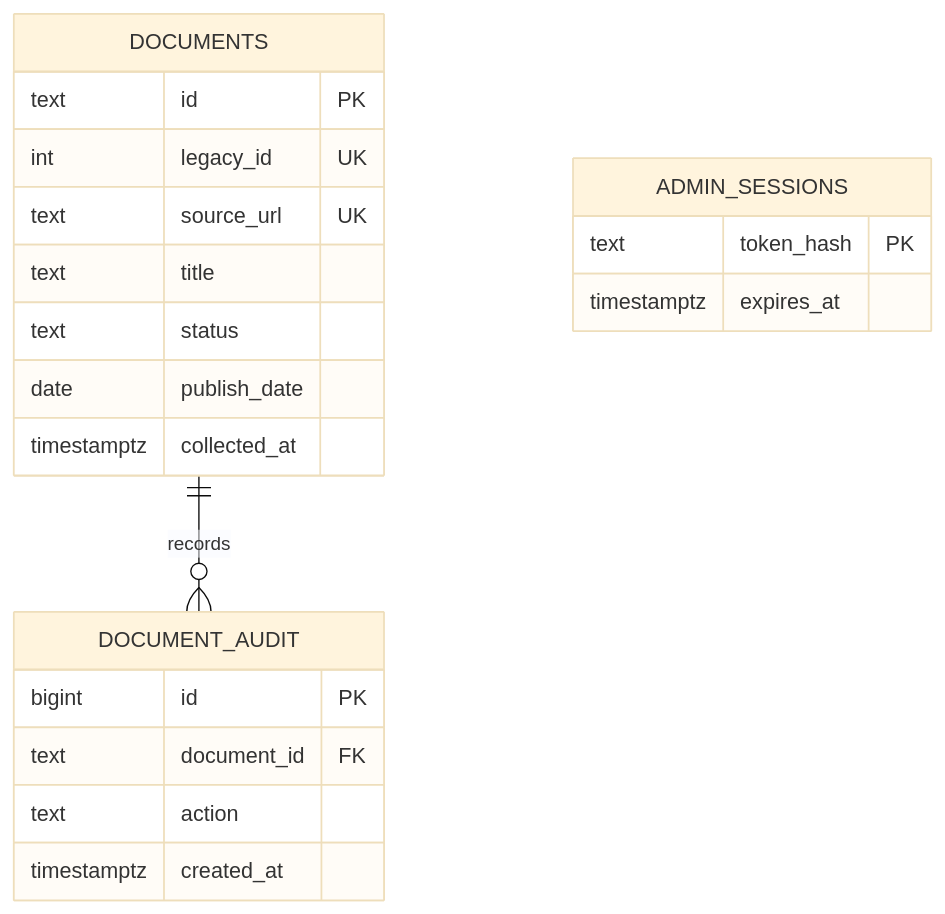
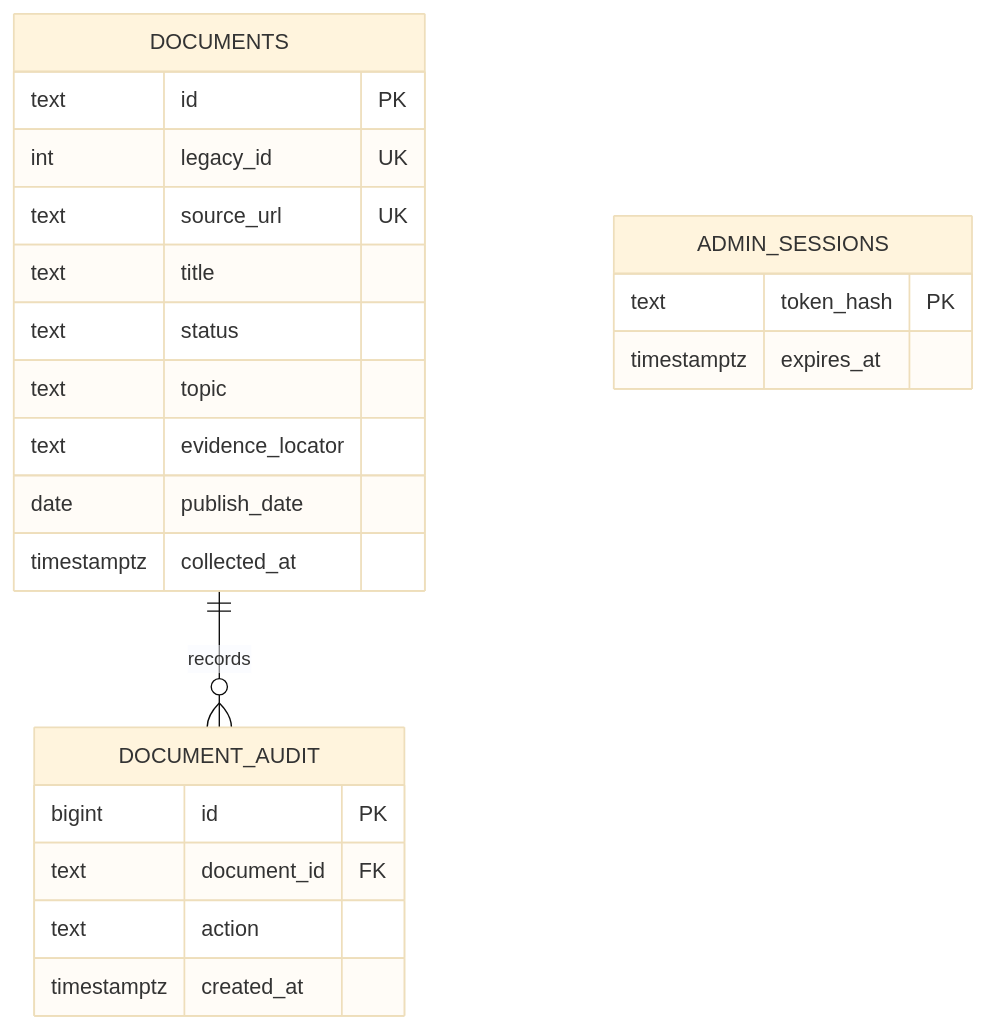
Before and after one commit to Lain006/zjjinkuangye-react: the diagram in docs/API.md, drawn with Mermaid (base theme). The commit also changed other lines of this file and 38 other files, not shown here.

````diff
--- a/docs/API.md
+++ b/docs/API.md
@@ -23,23 +24,25 @@
 ```mermaid
 erDiagram
     DOCUMENTS ||--o{ DOCUMENT_AUDIT : records
     DOCUMENTS {
         text id PK
         int legacy_id UK
         text source_url UK
         text title
         text status
+        text topic
+        text evidence_locator
         date publish_date
         timestamptz collected_at
     }
     DOCUMENT_AUDIT {
         bigint id PK
         text document_id FK
         text action
         timestamptz created_at
     }
     ADMIN_SESSIONS {
         text token_hash PK
         timestamptz expires_at
     }
 ```
````
